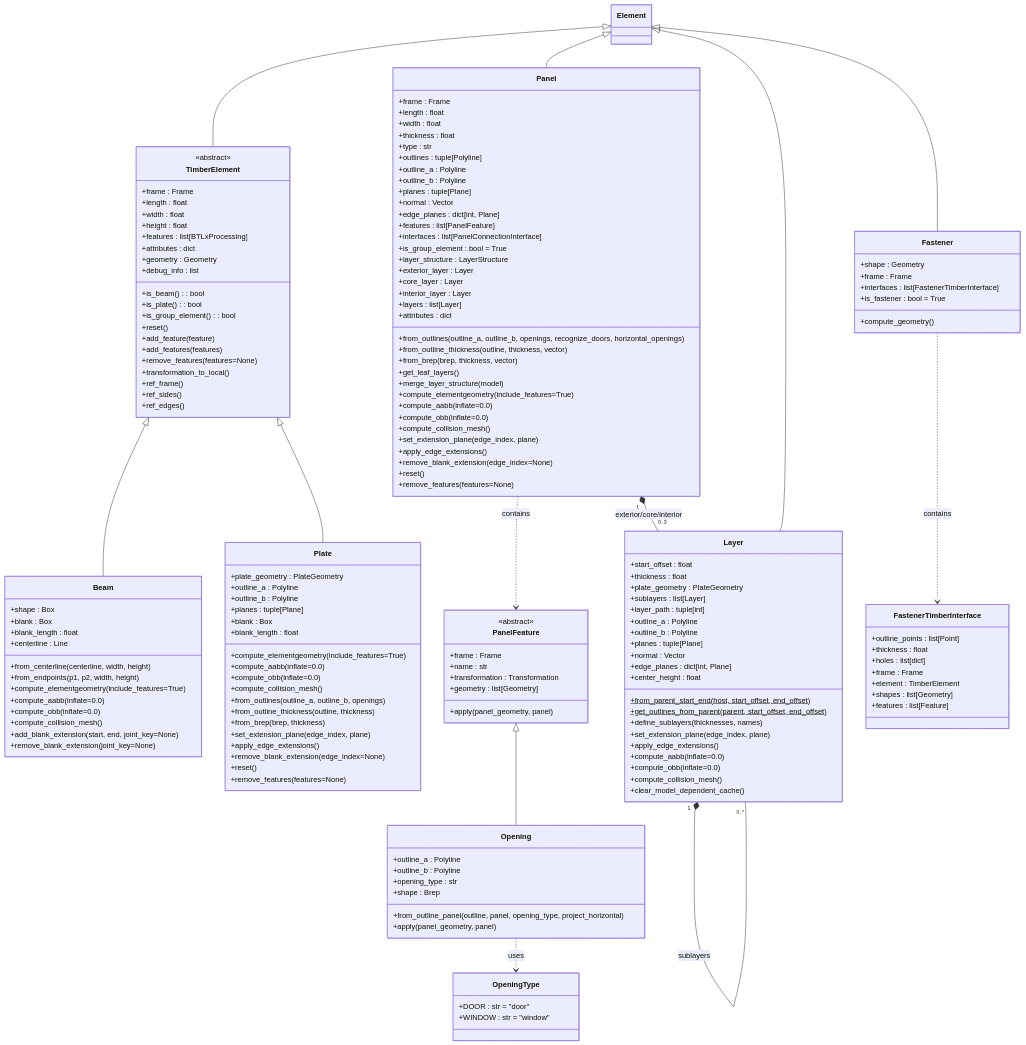
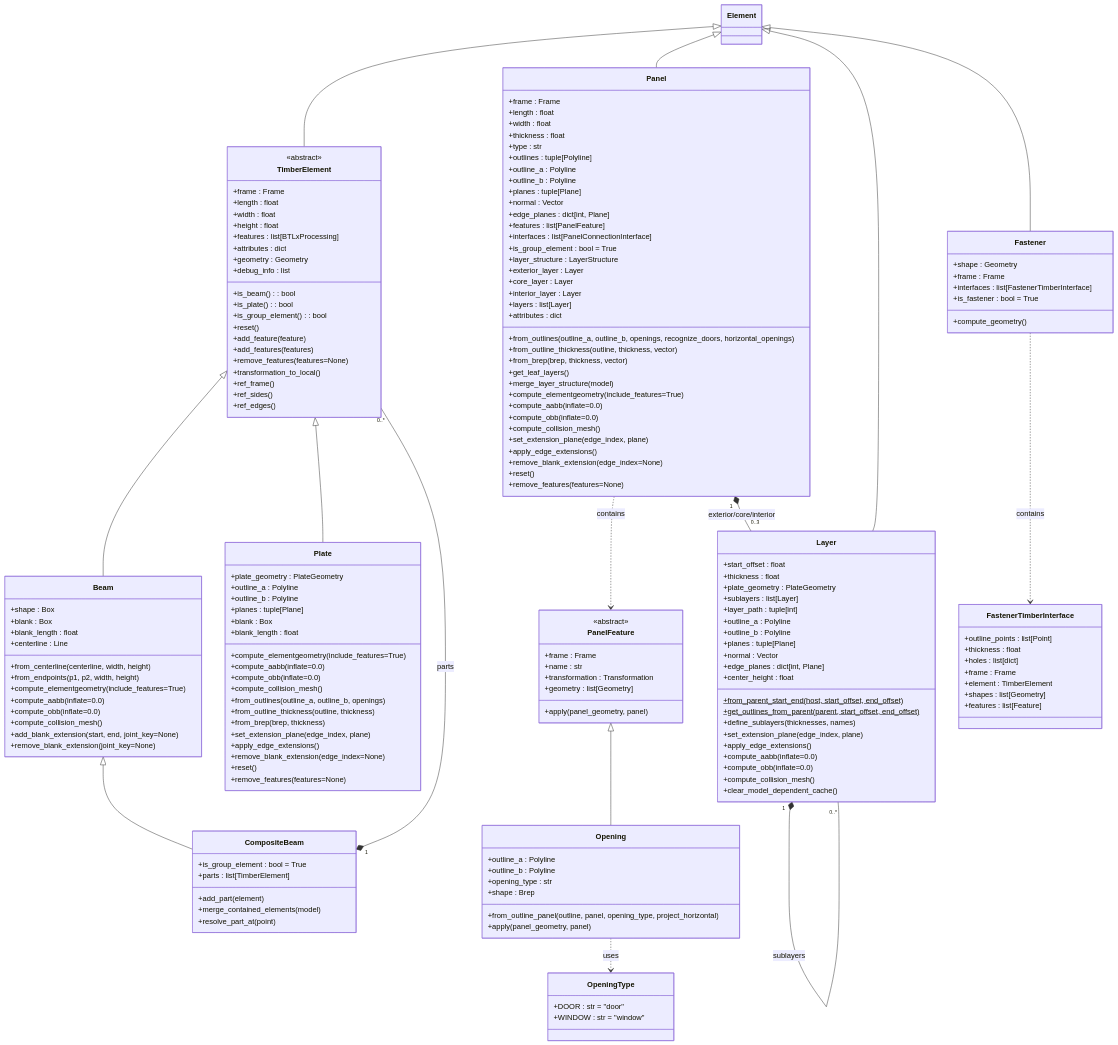
Before and after one commit to gramaziokohler/compas_timber: the first of 4 diagrams in docs/contribution/class_diagrams.md, drawn with Mermaid. The commit also changed other lines of this file and 9 other files, not shown here.

Commit message:
feat: composite beam

````diff
--- a/docs/contribution/class_diagrams.md
+++ b/docs/contribution/class_diagrams.md
@@ -47,6 +47,14 @@
          +compute_collision_mesh()
          +add_blank_extension(start, end, joint_key=None)
          +remove_blank_extension(joint_key=None)
+      }
+
+      class CompositeBeam {
+         +is_group_element : bool = True
+         +parts : list[TimberElement]
+         +add_part(element)
+         +merge_contained_elements(model)
+         +resolve_part_at(point)
       }
 
       class Plate {
@@ -176,6 +184,7 @@
       %% Inheritance relationships
       Element <|-- TimberElement
       TimberElement <|-- Beam
+      Beam <|-- CompositeBeam
       TimberElement <|-- Plate
       Element <|-- Panel
       Element <|-- Layer
@@ -187,5 +196,6 @@
       Panel ..> PanelFeature : contains
       Panel "1" *-- "0..3" Layer : exterior/core/interior
       Layer "1" *-- "0..*" Layer : sublayers
+      CompositeBeam "1" *-- "0..*" TimberElement : parts
       Opening ..> OpeningType : uses
 ```
````
